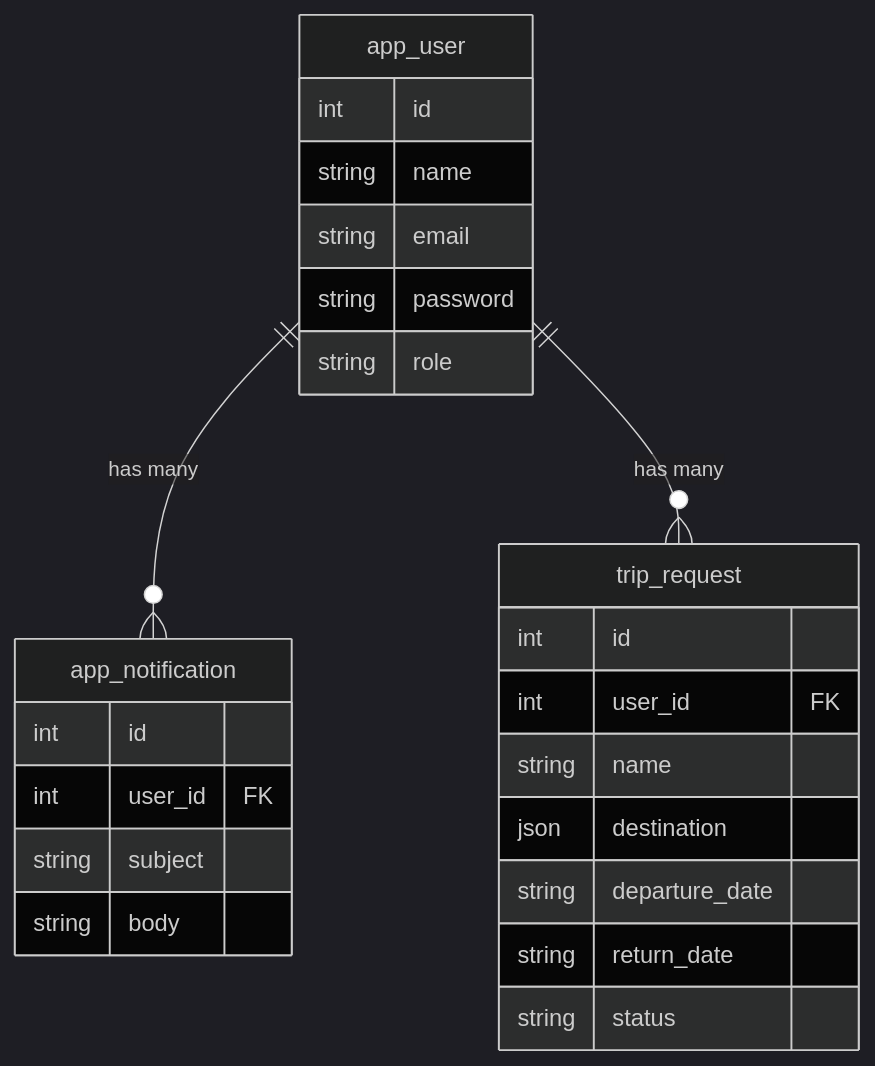
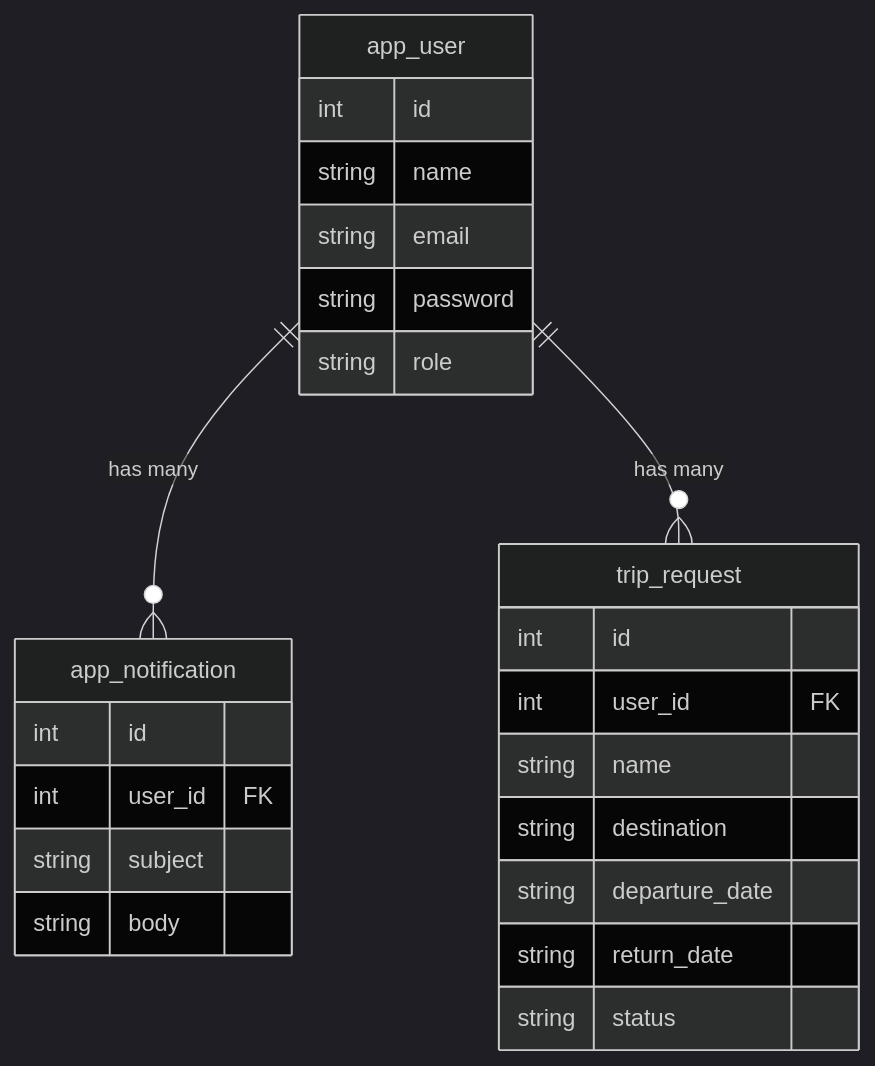
One commit to jeff-silva/test-onfly changed the diagram in README.md. Above: the diagram before and after it, drawn with Mermaid (dark theme). The commit also changed other lines of this file and 4 other files, not shown here.

````diff
--- a/README.md
+++ b/README.md
@@ -34,32 +34,32 @@
 ```mermaid
 erDiagram
 
 app_user {
   int id
   string name
   string email
   string password
   string role
 }
 
 app_notification {
   int id
   int user_id FK
   string subject
   string body
 }
 
 trip_request {
   int id
   int user_id FK
   string name
-  json destination
+  string destination
   string departure_date
   string return_date
   string status
 }
 
 app_user ||--o{ app_notification : "has many"
 app_user ||--o{ trip_request : "has many"
 
 ```
````
